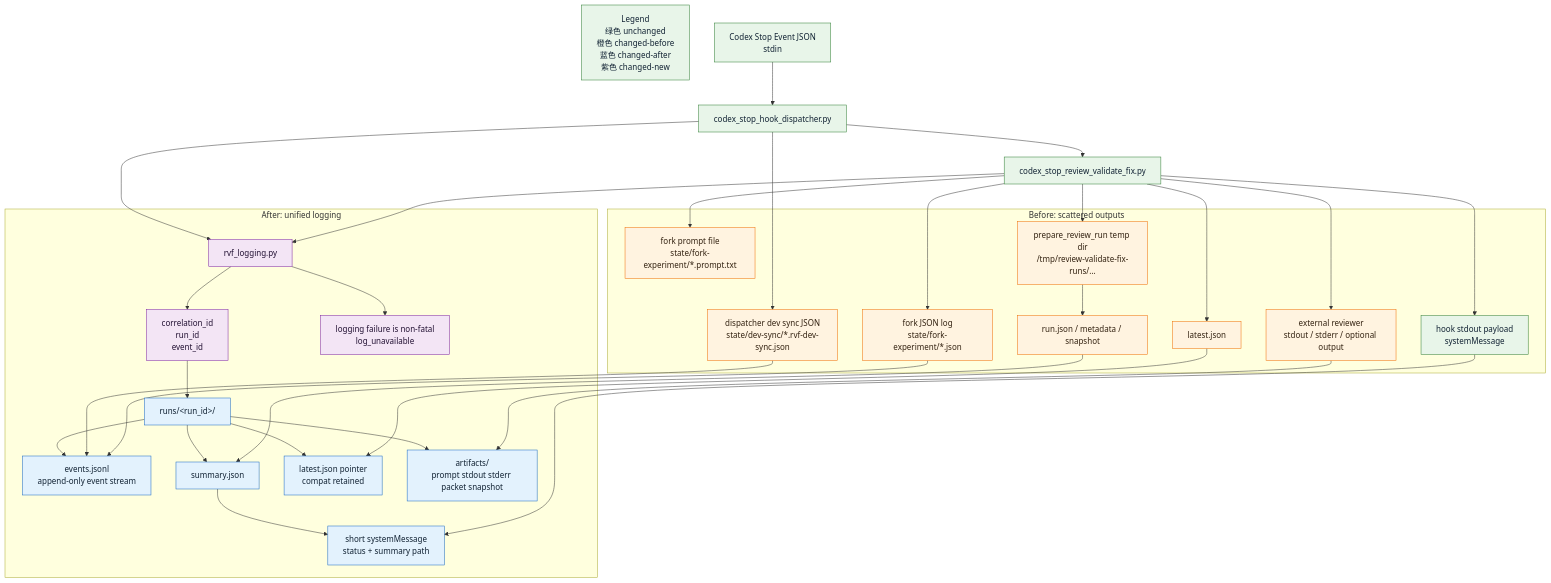
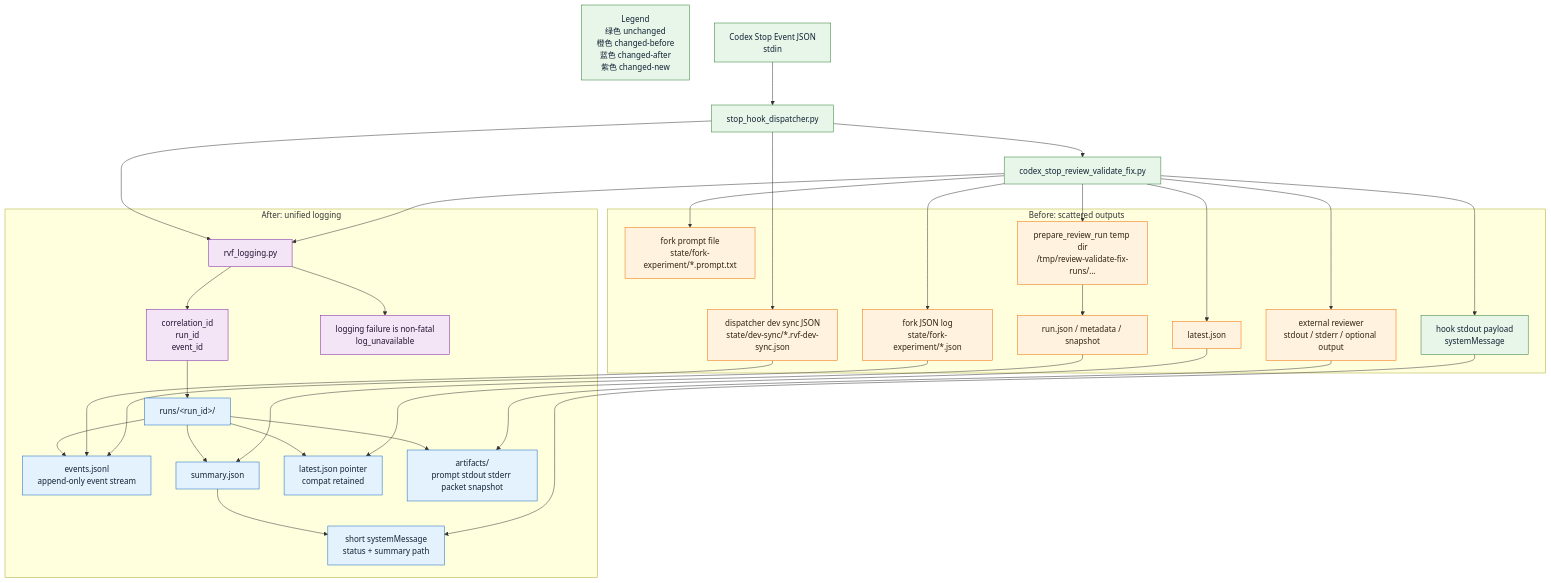
The diagram in docs/logging-overhaul.md (RealmX1/review-validate-fix), drawn with Mermaid before and after one commit. The commit also changed other lines of this file and 14 other files, not shown here.

First line of the commit message:
refactor(rvf): codex_stop_hook_dispatcher → stop_hook_dispatcher 文件名去-codex（S10j-1）

````diff
--- a/docs/logging-overhaul.md
+++ b/docs/logging-overhaul.md
@@ -58,66 +58,66 @@
 ```mermaid
 flowchart TD
   Legend["Legend<br/>绿色 unchanged<br/>橙色 changed-before<br/>蓝色 changed-after<br/>紫色 changed-new"]:::unchanged
 
   Event["Codex Stop Event JSON<br/>stdin"]:::unchanged
-  Dispatcher["codex_stop_hook_dispatcher.py"]:::unchanged
+  Dispatcher["stop_hook_dispatcher.py"]:::unchanged
   Hook["codex_stop_review_validate_fix.py"]:::unchanged
 
   Event --> Dispatcher
   Dispatcher --> Hook
 
   subgraph Before["Before: scattered outputs"]
     BeforeDevSync["dispatcher dev sync JSON<br/>state/dev-sync/*.rvf-dev-sync.json"]:::changedBefore
     BeforeSystem["hook stdout payload<br/>systemMessage"]:::unchanged
     BeforePrompt["fork prompt file<br/>state/fork-experiment/*.prompt.txt"]:::changedBefore
     BeforeForkJson["fork JSON log<br/>state/fork-experiment/*.json"]:::changedBefore
     BeforeLatest["latest.json"]:::changedBefore
     BeforeRunDir["prepare_review_run temp dir<br/>/tmp/review-validate-fix-runs/..."]:::changedBefore
     BeforeRunJson["run.json / metadata / snapshot"]:::changedBefore
     BeforeReviewer["external reviewer<br/>stdout / stderr / optional output"]:::changedBefore
   end
 
   subgraph After["After: unified logging"]
     NewHelper["rvf_logging.py"]:::changedNew
     NewIds["correlation_id<br/>run_id<br/>event_id"]:::changedNew
     AfterRunDir["runs/&lt;run_id&gt;/"]:::changedAfter
     AfterEvents["events.jsonl<br/>append-only event stream"]:::changedAfter
     AfterSummary["summary.json"]:::changedAfter
     AfterLatest["latest.json pointer<br/>compat retained"]:::changedAfter
     AfterArtifacts["artifacts/<br/>prompt stdout stderr packet snapshot"]:::changedAfter
     AfterSystem["short systemMessage<br/>status + summary path"]:::changedAfter
     NewFailure["logging failure is non-fatal<br/>log_unavailable"]:::changedNew
   end
 
   Dispatcher --> BeforeDevSync
   Hook --> BeforeSystem
   Hook --> BeforePrompt
   Hook --> BeforeForkJson
   Hook --> BeforeLatest
   Hook --> BeforeRunDir
   BeforeRunDir --> BeforeRunJson
   Hook --> BeforeReviewer
 
   Dispatcher --> NewHelper
   Hook --> NewHelper
   NewHelper --> NewIds
   NewIds --> AfterRunDir
   AfterRunDir --> AfterEvents
   AfterRunDir --> AfterSummary
   AfterRunDir --> AfterLatest
   AfterRunDir --> AfterArtifacts
   AfterSummary --> AfterSystem
   NewHelper --> NewFailure
 
   BeforeDevSync --> AfterEvents
   BeforeForkJson --> AfterEvents
   BeforeLatest --> AfterLatest
   BeforeRunJson --> AfterSummary
   BeforeReviewer --> AfterArtifacts
   BeforeSystem --> AfterSystem
 
   classDef unchanged fill:#E8F5E9,stroke:#2E7D32,color:#123;
   classDef changedBefore fill:#FFF3E0,stroke:#EF6C00,color:#321;
   classDef changedAfter fill:#E3F2FD,stroke:#1565C0,color:#123;
   classDef changedNew fill:#F3E5F5,stroke:#7B1FA2,color:#213;
 ```
````
